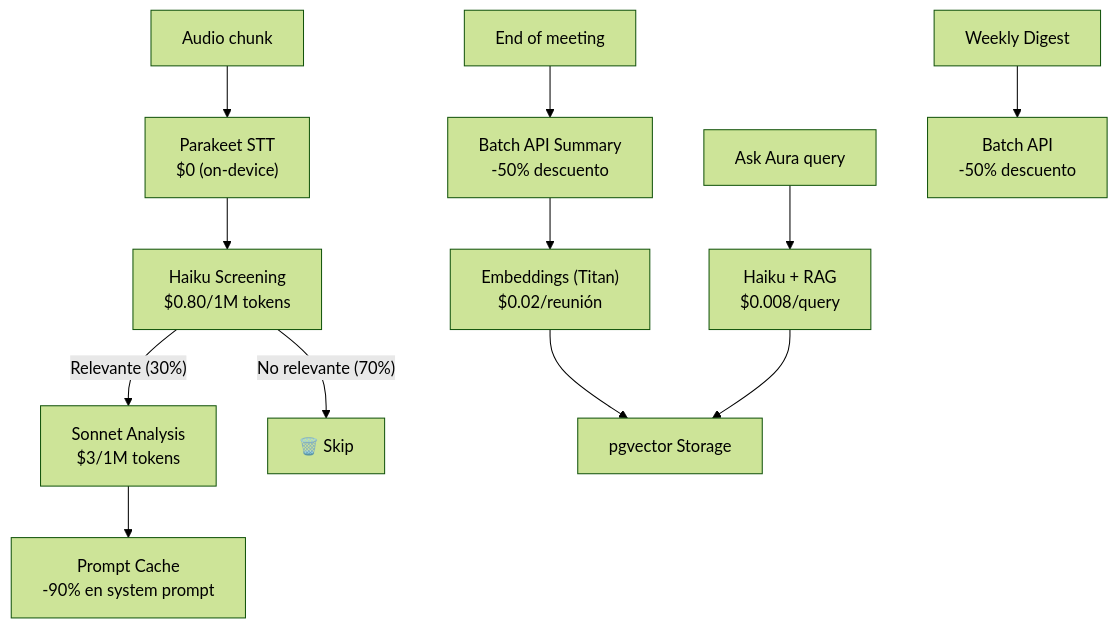
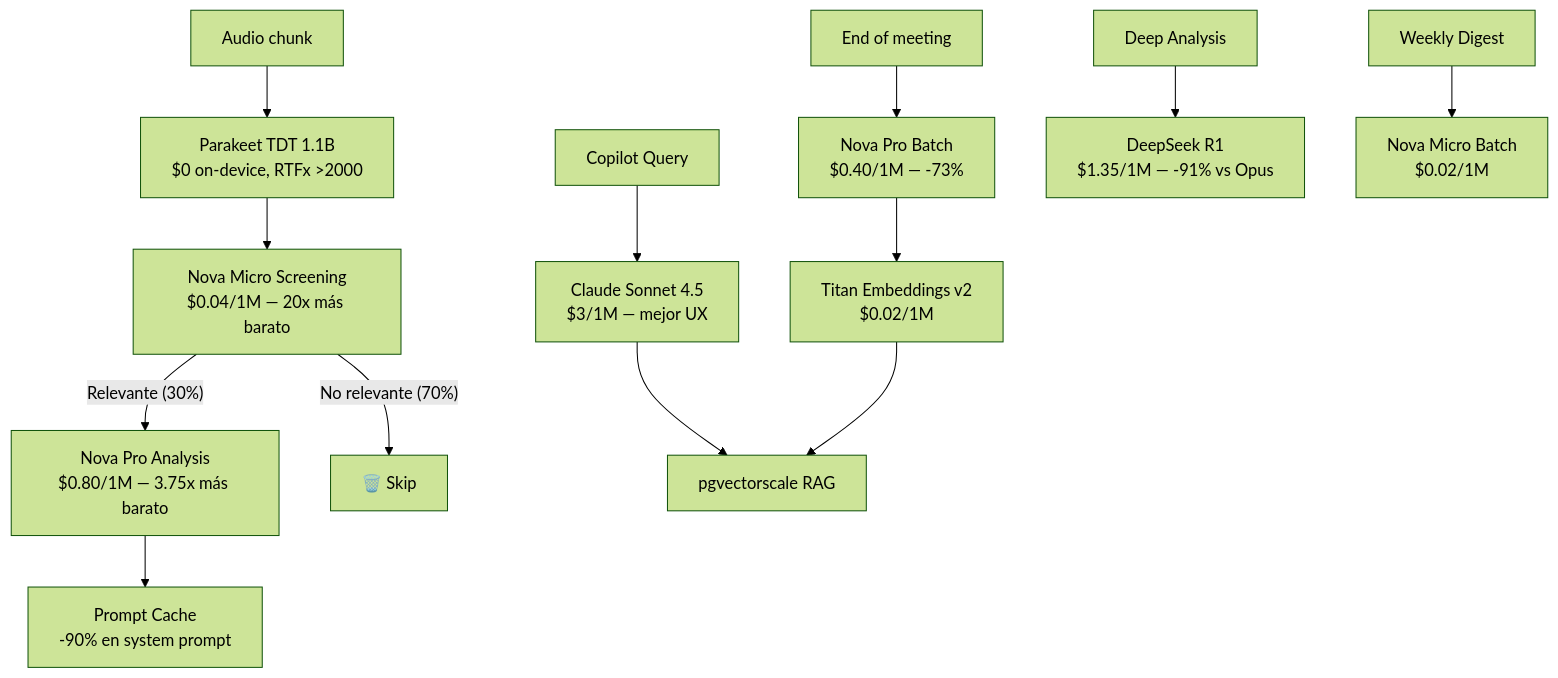
The second of 2 diagrams in docs/VISION_2026.md (cristianargotti/meetmind), drawn with Mermaid (forest theme) before and after one commit. The commit also changed other lines of this file, not shown here.

First line of the commit message:
docs: ultra-optimize Vision 2026 with Nova Micro/Pro + DeepSeek R1

````diff
--- a/docs/VISION_2026.md
+++ b/docs/VISION_2026.md
@@ -78,17 +94,19 @@
 ```mermaid
 graph TD
-    A["Audio chunk"] --> B["Parakeet STT<br/>$0 (on-device)"]
-    B --> C["Haiku Screening<br/>$0.80/1M tokens"]
-    C -->|"Relevante (30%)"| D["Sonnet Analysis<br/>$3/1M tokens"]
+    A["Audio chunk"] --> B["Parakeet TDT 1.1B<br/>$0 on-device, RTFx >2000"]
+    B --> C["Nova Micro Screening<br/>$0.04/1M — 20x más barato"]
+    C -->|"Relevante (30%)"| D["Nova Pro Analysis<br/>$0.80/1M — 3.75x más barato"]
     C -->|"No relevante (70%)"| E["🗑️ Skip"]
     D --> F["Prompt Cache<br/>-90% en system prompt"]
     
-    G["End of meeting"] --> H["Batch API Summary<br/>-50% descuento"]
-    H --> I["Embeddings (Titan)<br/>$0.02/reunión"]
-    I --> J["pgvector Storage"]
+    G["Copilot Query"] --> H["Claude Sonnet 4.5<br/>$3/1M — mejor UX"]
+    H --> J["pgvectorscale RAG"]
     
-    K["Ask Aura query"] --> L["Haiku + RAG<br/>$0.008/query"]
+    I["End of meeting"] --> K["Nova Pro Batch<br/>$0.40/1M — -73%"]
+    K --> L["Titan Embeddings v2<br/>$0.02/1M"]
     L --> J
     
-    M["Weekly Digest"] --> N["Batch API<br/>-50% descuento"]
+    M["Deep Analysis"] --> N["DeepSeek R1<br/>$1.35/1M — -91% vs Opus"]
+    
+    O["Weekly Digest"] --> P["Nova Micro Batch<br/>$0.02/1M"]
 ```
````
